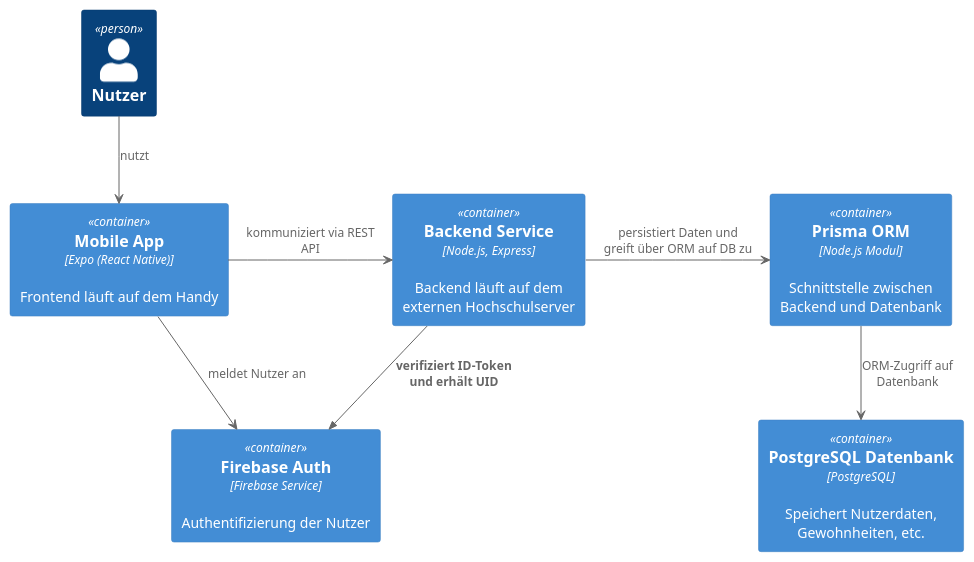
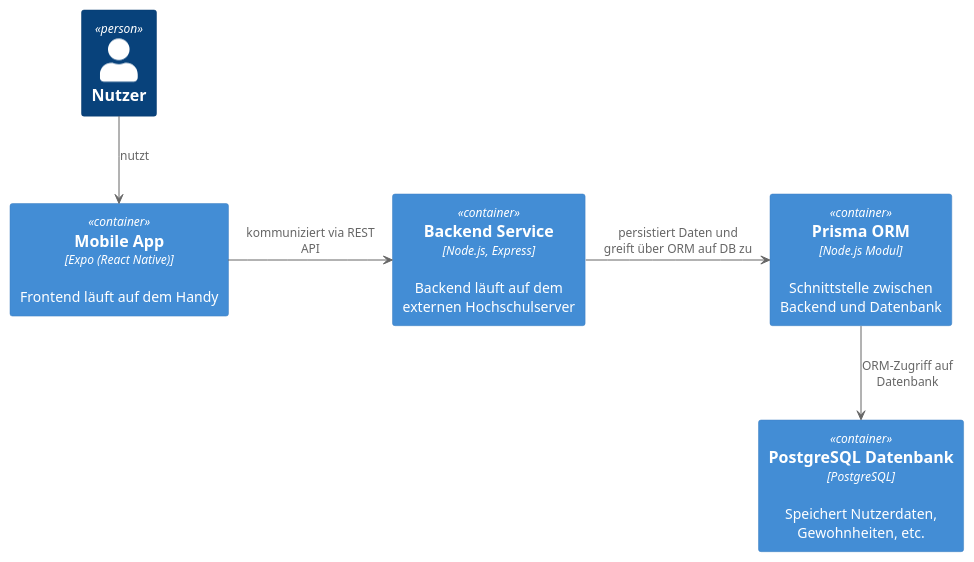
The diagram in docs/architecture/plantuml/c4-habitree-level2.plantuml (laurenzzzzzz/htwd-se1-habitree), drawn with PlantUML before and after one commit. The commit also changed 7 other files, not shown here.

```diff
--- a/docs/architecture/plantuml/c4-habitree-level2.plantuml
+++ b/docs/architecture/plantuml/c4-habitree-level2.plantuml
@@ -1,23 +1,21 @@
 @startuml C4-level2
 !include https://raw.githubusercontent.com/plantuml-stdlib/C4-PlantUML/master/C4_Container.puml
 
 Person(Nutzer, "Nutzer")
 
 Container(frontend, "Mobile App", "Expo (React Native)", "Frontend läuft auf dem Handy")
 Container(backend, "Backend Service", "Node.js, Express", "Backend läuft auf dem externen Hochschulserver")
-Container(auth, "Firebase Auth", "Firebase Service", "Authentifizierung der Nutzer")
+
 Container(db, "PostgreSQL Datenbank", "PostgreSQL", "Speichert Nutzerdaten, Gewohnheiten, etc.")
 Container(prisma, "Prisma ORM", "Node.js Modul", "Schnittstelle zwischen Backend und Datenbank")
 
 Nutzer --> frontend : nutzt
-frontend -> auth : meldet Nutzer an
+
 frontend -> backend : kommuniziert via REST API 
-
-Rel_D(backend, auth, "verifiziert ID-Token\nund erhält UID")
+prisma --> db : ORM-Zugriff auf Datenbank
 
 backend -> prisma : persistiert Daten und greift über ORM auf DB zu
-prisma --> db : ORM-Zugriff auf Datenbank
 
 
 
 @enduml
```
